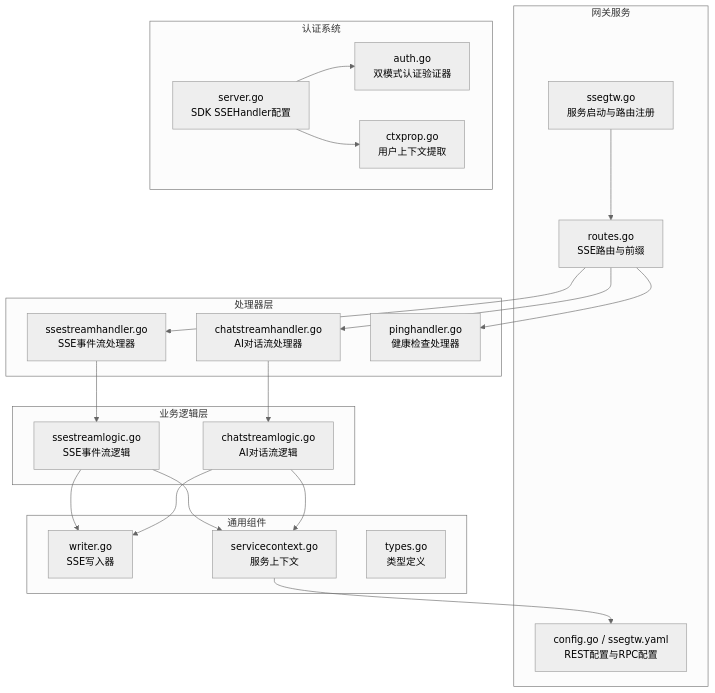
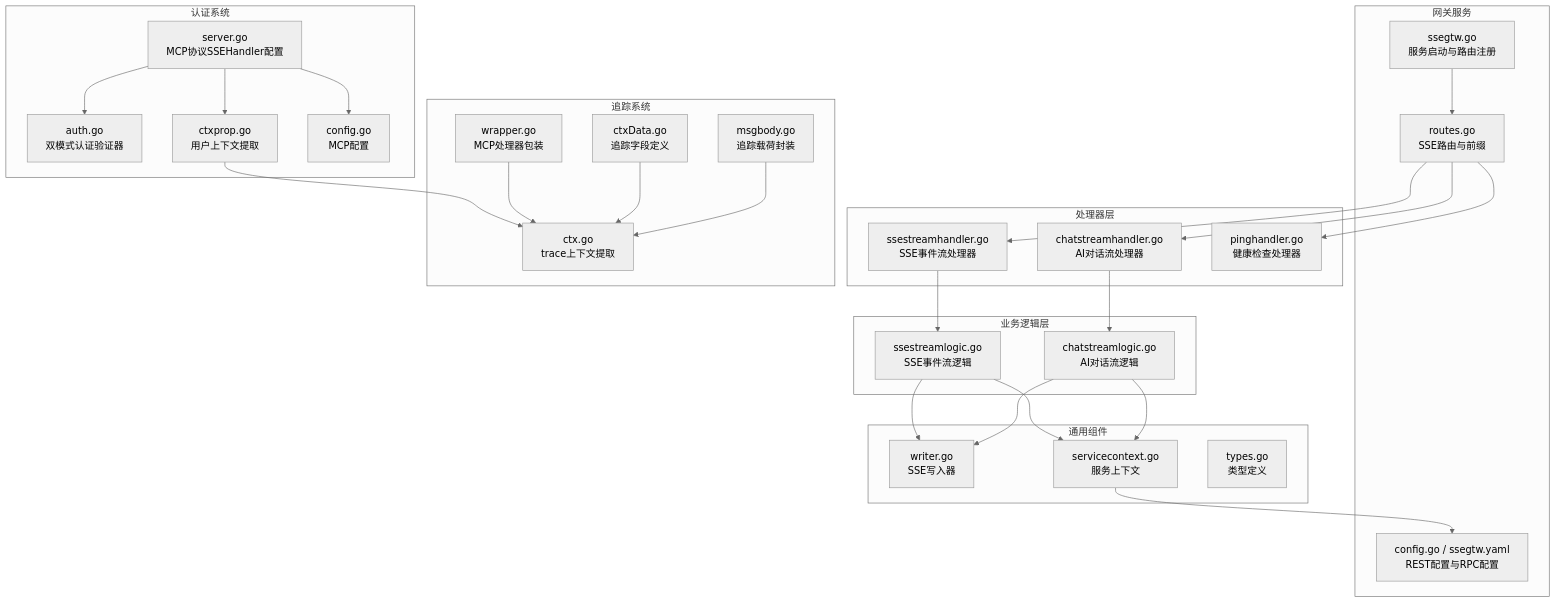
Before and after one commit to maomao94/zero-service: the first of 11 diagrams in .qoder/repowiki/zh/content/实时通信模块/Server-Sent Events流式传输.md, drawn with Mermaid (neutral theme). The commit also changed other lines of this file and 25 other files, not shown here.

````diff
--- a/.qoder/repowiki/zh/content/实时通信模块/Server-Sent Events流式传输.md
+++ b/.qoder/repowiki/zh/content/实时通信模块/Server-Sent Events流式传输.md
@@ -62,40 +73,52 @@
 ```mermaid
 graph TB
 subgraph "网关服务"
 A["ssegtw.go<br/>服务启动与路由注册"]
 B["routes.go<br/>SSE路由与前缀"]
 C["config.go / ssegtw.yaml<br/>REST配置与RPC配置"]
 end
 subgraph "处理器层"
 D["ssestreamhandler.go<br/>SSE事件流处理器"]
 E["chatstreamhandler.go<br/>AI对话流处理器"]
 F["pinghandler.go<br/>健康检查处理器"]
 end
 subgraph "业务逻辑层"
 G["ssestreamlogic.go<br/>SSE事件流逻辑"]
 H["chatstreamlogic.go<br/>AI对话流逻辑"]
 end
 subgraph "通用组件"
 I["writer.go<br/>SSE写入器"]
 J["servicecontext.go<br/>服务上下文"]
 K["types.go<br/>类型定义"]
 end
 subgraph "认证系统"
-L["server.go<br/>SDK SSEHandler配置"]
+L["server.go<br/>MCP协议SSEHandler配置"]
 M["auth.go<br/>双模式认证验证器"]
 N["ctxprop.go<br/>用户上下文提取"]
+O["config.go<br/>MCP配置"]
+end
+subgraph "追踪系统"
+P["ctx.go<br/>trace上下文提取"]
+Q["wrapper.go<br/>MCP处理器包装"]
+R["ctxData.go<br/>追踪字段定义"]
+S["msgbody.go<br/>追踪载荷封装"]
 end
 A --> B
 B --> D
 B --> E
 B --> F
 D --> G
 E --> H
 G --> I
 H --> I
 G --> J
 H --> J
 J --> C
 L --> M
 L --> N
+L --> O
+N --> P
+Q --> P
+R --> P
+S --> P
 ```
````
